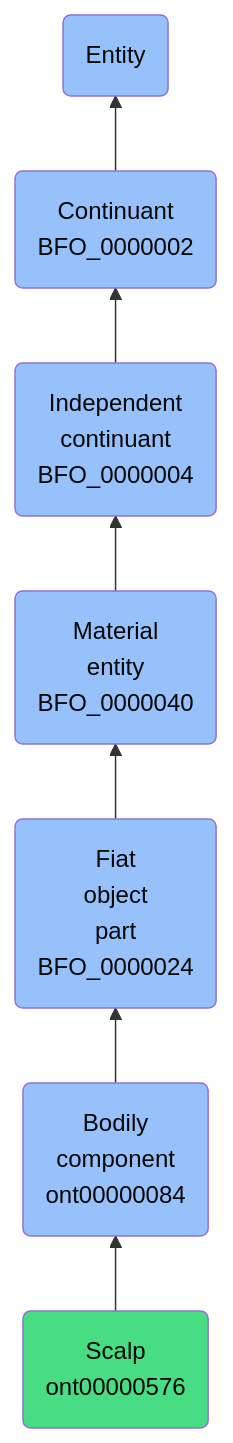
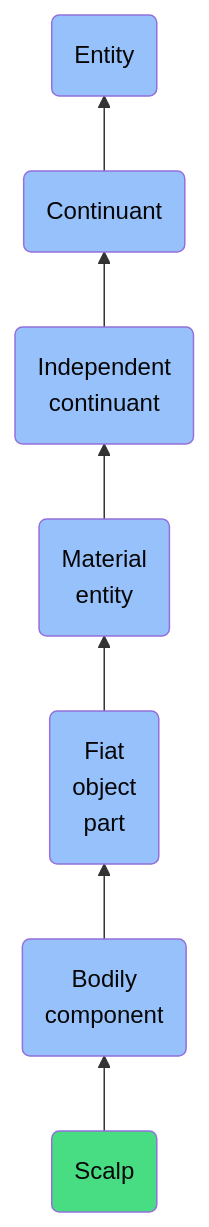
One commit to jupyter-naas/abi changed the diagram in docs/ontology/reference/model/Entity/Continuant/Independent continuant/Material entity/Fiat object part/Bodily component/Scalp/Scalp.md. Above: the diagram before and after it, drawn with Mermaid. The commit also changed other lines of this file and 1430 other files, not shown here.

````diff
--- a/docs/ontology/reference/model/Entity/Continuant/Independent continuant/Material entity/Fiat object part/Bodily component/Scalp/Scalp.md
+++ b/docs/ontology/reference/model/Entity/Continuant/Independent continuant/Material entity/Fiat object part/Bodily component/Scalp/Scalp.md
@@ -24,14 +24,14 @@
 ```mermaid
 graph BT
-    ont00000576(Scalp<br>ont00000576):::ABI-->ont00000084
-    ont00000084(Bodily<br>component<br>ont00000084):::BFO-->BFO_0000024
-    BFO_0000024(Fiat<br>object<br>part<br>BFO_0000024):::BFO-->BFO_0000040
-    BFO_0000040(Material<br>entity<br>BFO_0000040):::BFO-->BFO_0000004
-    BFO_0000004(Independent<br>continuant<br>BFO_0000004):::BFO-->BFO_0000002
-    BFO_0000002(Continuant<br>BFO_0000002):::BFO-->BFO_0000001
+    ont00000576(Scalp):::ABI-->ont00000084
+    ont00000084(Bodily<br>component):::BFO-->BFO_0000024
+    BFO_0000024(Fiat<br>object<br>part):::BFO-->BFO_0000040
+    BFO_0000040(Material<br>entity):::BFO-->BFO_0000004
+    BFO_0000004(Independent<br>continuant):::BFO-->BFO_0000002
+    BFO_0000002(Continuant):::BFO-->BFO_0000001
     BFO_0000001(Entity):::BFO
     
     classDef BFO fill:#97c1fb,color:#060606
     classDef CCO fill:#e4c51e,color:#060606
     classDef ABI fill:#48DD82,color:#060606
 ```
````
